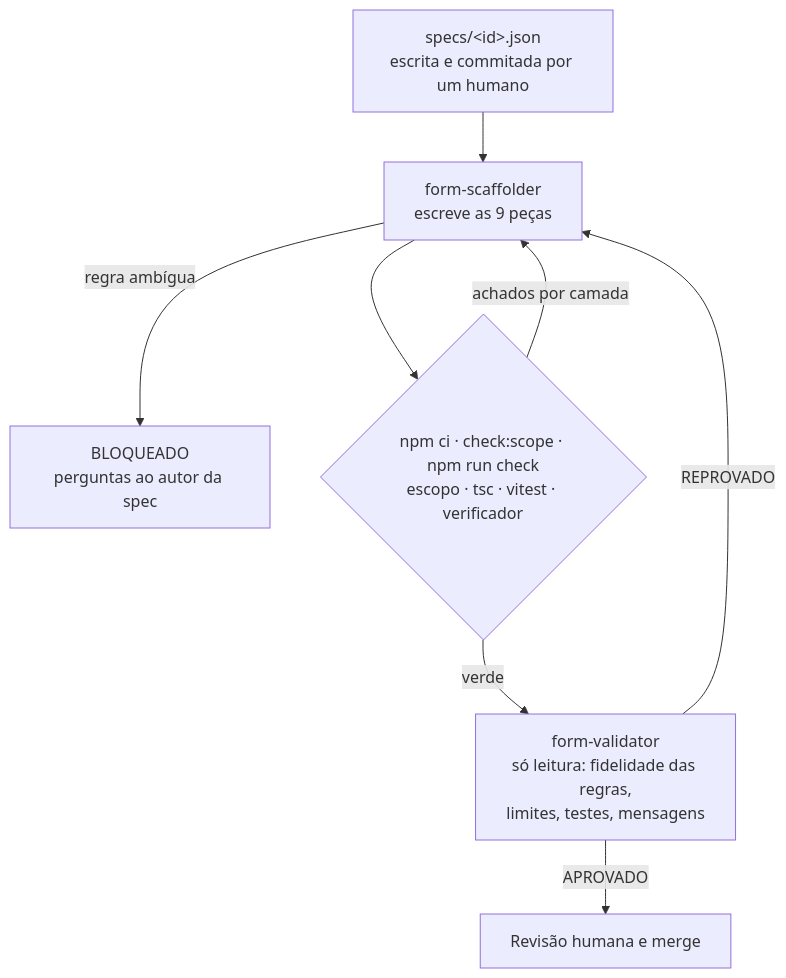
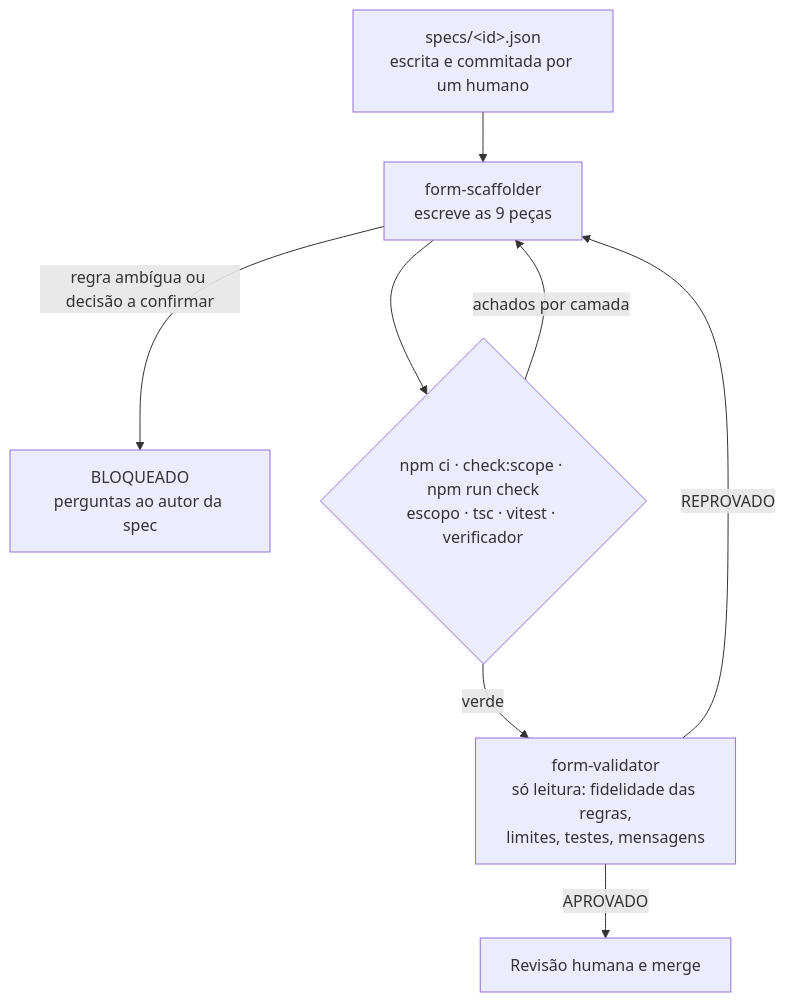
The diagram in README.md (marcosrebelo97/form-scaffold-agents), drawn with Mermaid before and after one commit. The commit also changed other lines of this file, not shown here.

````diff
--- a/README.md
+++ b/README.md
@@ -46,10 +46,10 @@
 ```mermaid
 flowchart TD
     S["specs/&lt;id&gt;.json<br/>escrita e commitada por um humano"] --> G["form-scaffolder<br/>escreve as 9 peças"]
-    G -- "regra ambígua" --> B["BLOQUEADO<br/>perguntas ao autor da spec"]
+    G -- "regra ambígua ou decisão a confirmar" --> B["BLOQUEADO<br/>perguntas ao autor da spec"]
     G --> C{"npm ci · check:scope · npm run check<br/>escopo · tsc · vitest · verificador"}
     C -- "achados por camada" --> G
     C -- verde --> V["form-validator<br/>só leitura: fidelidade das regras,<br/>limites, testes, mensagens"]
     V -- REPROVADO --> G
     V -- APROVADO --> H["Revisão humana e merge"]
 ```
````
